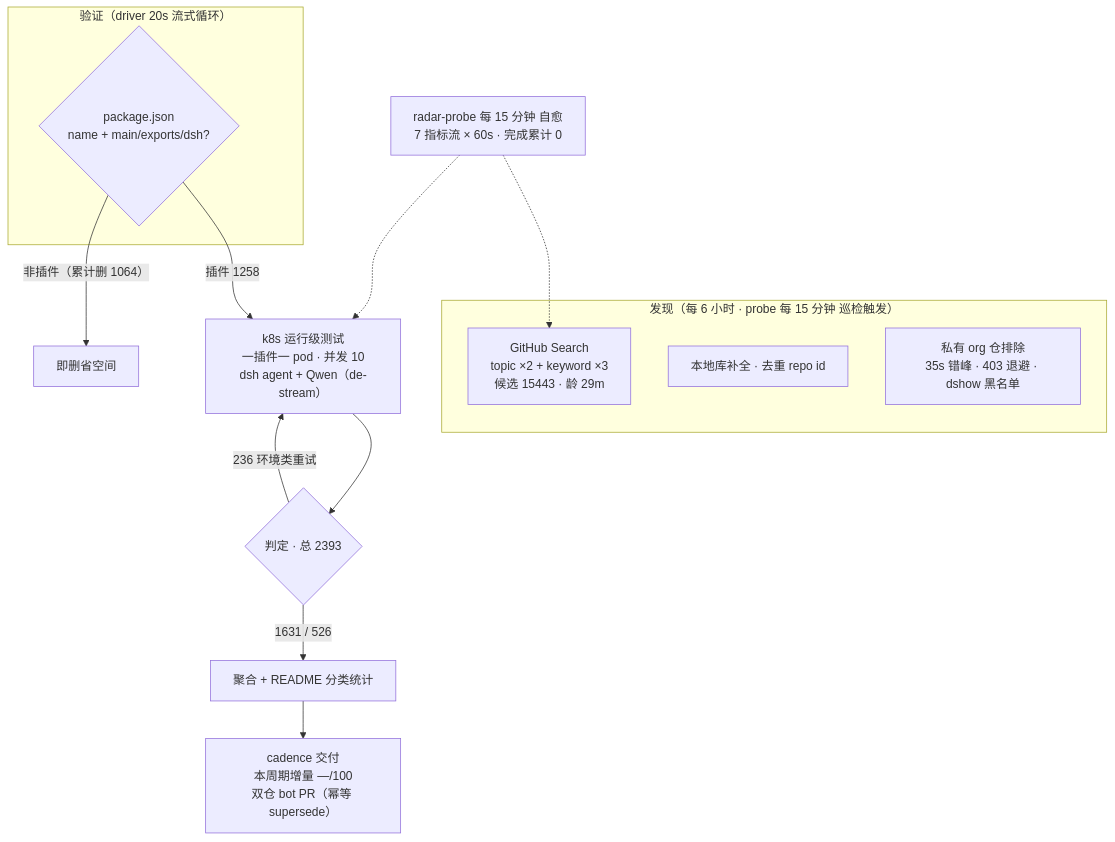
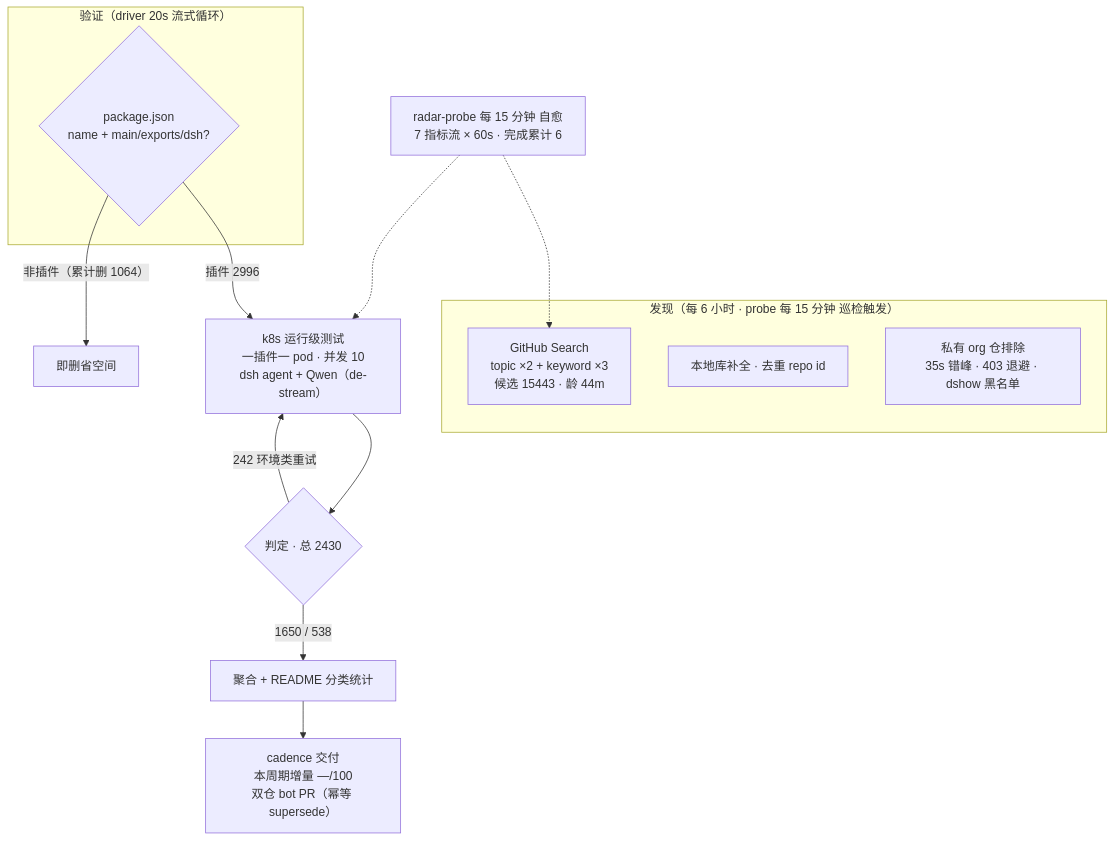
Before and after one commit to Zhidao-Lab-OSS/awesome-dsh-plugins: the diagram in README.md, drawn with Mermaid. The commit also changed other lines of this file and 1 other file, not shown here.

````diff
--- a/README.md
+++ b/README.md
@@ -37,20 +37,20 @@
 ```mermaid
 flowchart TB
     subgraph Discovery["发现（每 6 小时 · probe 每 15 分钟 巡检触发）"]
-        A1["GitHub Search<br/>topic ×2 + keyword ×3<br/>候选 15443 · 龄 29m"]
+        A1["GitHub Search<br/>topic ×2 + keyword ×3<br/>候选 15443 · 龄 44m"]
         A2["本地库补全 · 去重 repo id"]
         A3["私有 org 仓排除<br/>35s 错峰 · 403 退避 · dshow 黑名单"]
     end
     subgraph Validation["验证（driver 20s 流式循环）"]
         B1{"package.json<br/>name + main/exports/dsh?"}
     end
-    B1 -->|"插件 1258"| C1["k8s 运行级测试<br/>一插件一 pod · 并发 10<br/>dsh agent + Qwen（de-stream）"]
+    B1 -->|"插件 2996"| C1["k8s 运行级测试<br/>一插件一 pod · 并发 10<br/>dsh agent + Qwen（de-stream）"]
     B1 -->|"非插件（累计删 1064）"| B3["即删省空间"]
-    C1 --> D1{"判定 · 总 2393"}
-    D1 -->|"1631 / 526"| E1["聚合 + README 分类统计"]
-    D1 -->|"236 环境类重试"| C1
+    C1 --> D1{"判定 · 总 2430"}
+    D1 -->|"1650 / 538"| E1["聚合 + README 分类统计"]
+    D1 -->|"242 环境类重试"| C1
     E1 --> E2["cadence 交付<br/>本周期增量 —/100<br/>双仓 bot PR（幂等 supersede）"]
-    M["radar-probe 每 15 分钟 自愈<br/>7 指标流 × 60s · 完成累计 0"]
+    M["radar-probe 每 15 分钟 自愈<br/>7 指标流 × 60s · 完成累计 6"]
     M -.-> A1
     M -.-> C1
 ```
````
